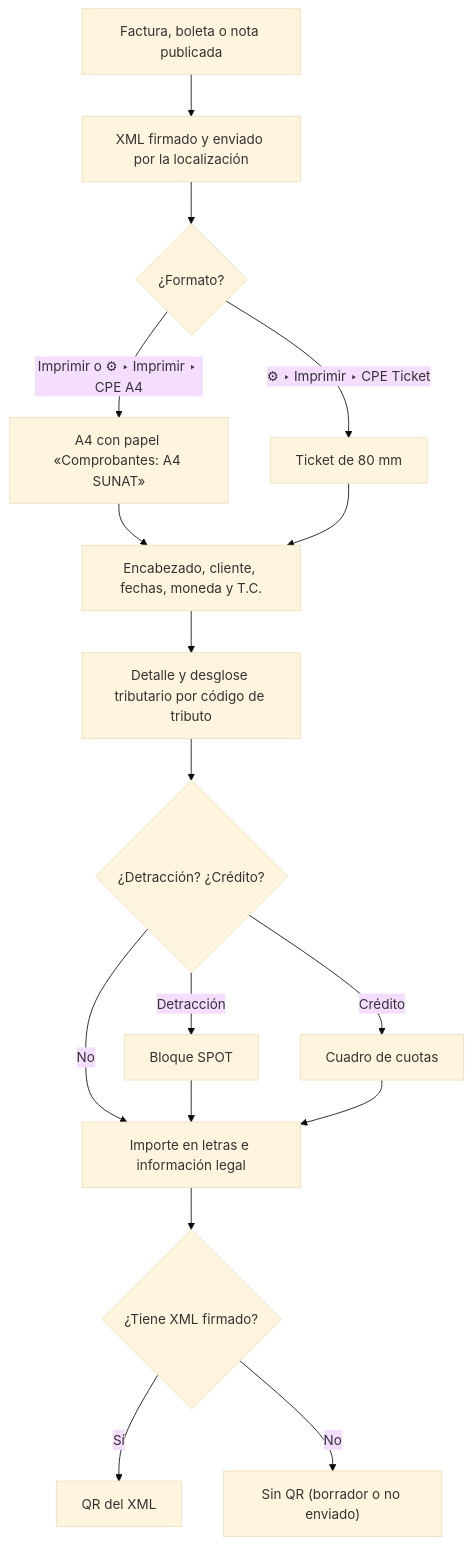
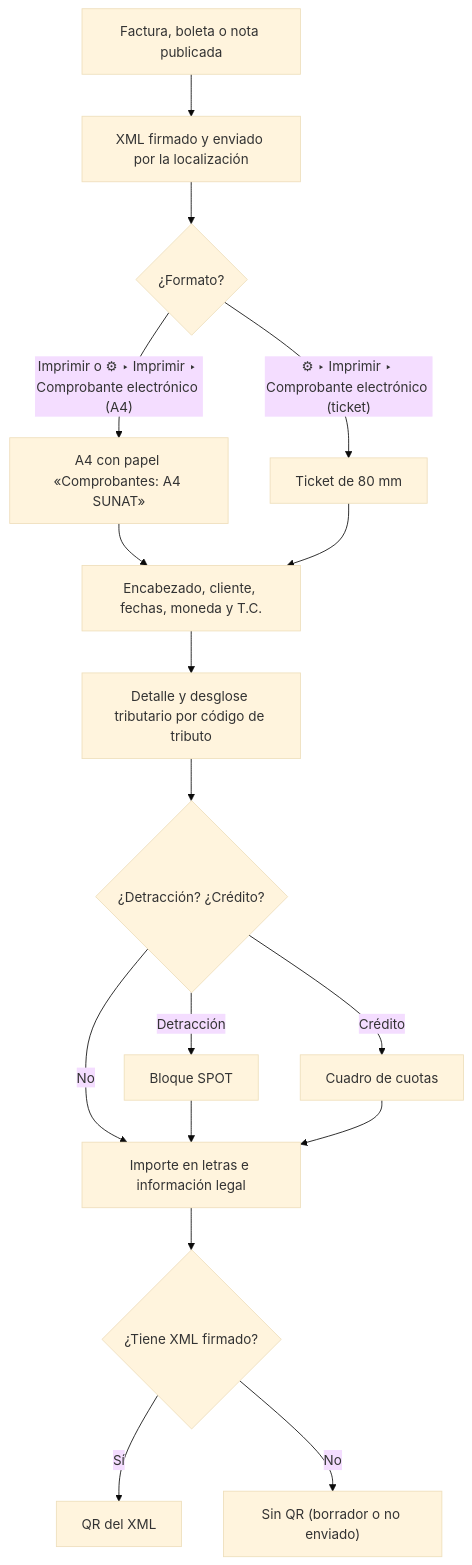
Before and after one commit to olanoit/ol_new_apps: the diagram in mkdocs/content/applications/finance/fiscal_localizations/peru/electronic_invoicing/invoice_report.md, drawn with Mermaid (base theme). The commit also changed other lines of this file and 11 other files, not shown here.

````diff
--- a/mkdocs/content/applications/finance/fiscal_localizations/peru/electronic_invoicing/invoice_report.md
+++ b/mkdocs/content/applications/finance/fiscal_localizations/peru/electronic_invoicing/invoice_report.md
@@ -52,19 +52,19 @@
 ```mermaid
 flowchart TD
     A["Factura, boleta o nota publicada"] --> B["XML firmado y enviado por la localización"]
     B --> C{"¿Formato?"}
-    C -- "Imprimir o ⚙ ‣ Imprimir ‣ CPE A4" --> D["A4 con papel «Comprobantes: A4 SUNAT»"]
-    C -- "⚙ ‣ Imprimir ‣ CPE Ticket" --> E["Ticket de 80 mm"]
+    C -- "Imprimir o ⚙ ‣ Imprimir ‣ Comprobante electrónico (A4)" --> D["A4 con papel «Comprobantes: A4 SUNAT»"]
+    C -- "⚙ ‣ Imprimir ‣ Comprobante electrónico (ticket)" --> E["Ticket de 80 mm"]
     D --> F["Encabezado, cliente, fechas, moneda y T.C."]
     E --> F
     F --> G["Detalle y desglose tributario por código de tributo"]
     G --> H{"¿Detracción? ¿Crédito?"}
     H -- Detracción --> I["Bloque SPOT"]
     H -- Crédito --> J["Cuadro de cuotas"]
     H -- No --> K["Importe en letras e información legal"]
     I --> K
     J --> K
     K --> L{"¿Tiene XML firmado?"}
     L -- Sí --> M["QR del XML"]
     L -- No --> N["Sin QR (borrador o no enviado)"]
 ```
````
